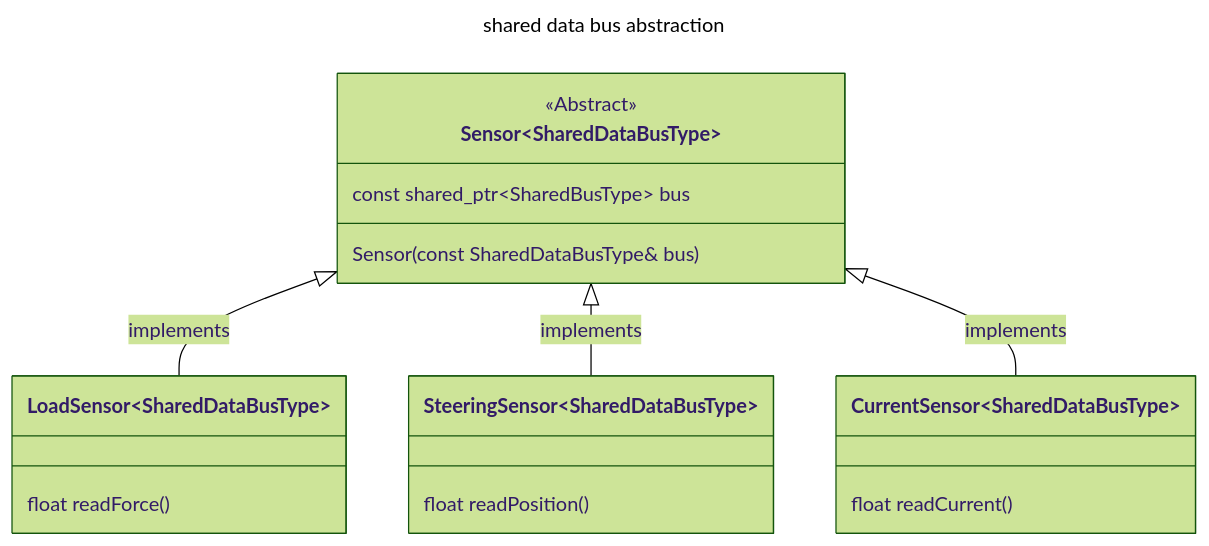
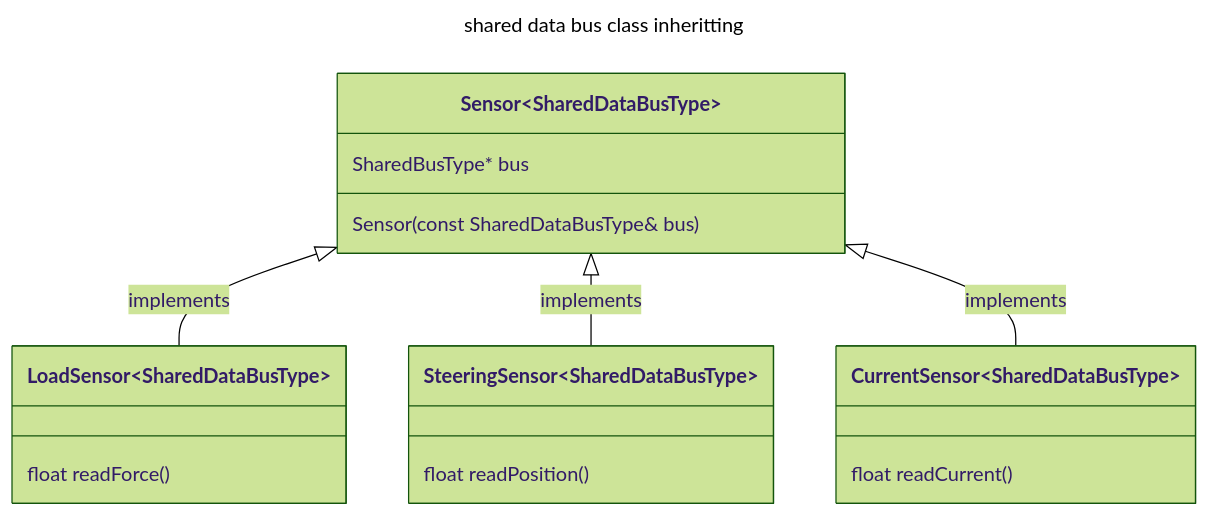
One commit to hytech-racing/MCU changed the third of 3 diagrams in README.md. Above: the diagram before and after it, drawn with Mermaid (forest theme). The commit also changed 1 other file, not shown here.

Commit message:
pushing up current status of presentation

````diff
--- a/README.md
+++ b/README.md
@@ -137,27 +137,26 @@
 ```mermaid
 ---
-title: shared data bus abstraction
+title: shared data bus class inheritting
 ---
 classDiagram
     
     class Sensor~SharedDataBusType~{
-        <<Abstract>>
-        const shared_ptr~SharedBusType~ bus
+        SharedBusType* bus
         Sensor<SharedDataBusType>(const SharedDataBusType& bus)
     }
 
     class SteeringSensor~SharedDataBusType~{
         float readPosition()
     }
     class LoadSensor~SharedDataBusType~{
         float readForce()
     }
     class CurrentSensor~SharedDataBusType~{
         float readCurrent()
     }
 
     Sensor <|-- LoadSensor : implements
     Sensor <|-- SteeringSensor : implements
     Sensor <|-- CurrentSensor : implements
 
 ```
````
